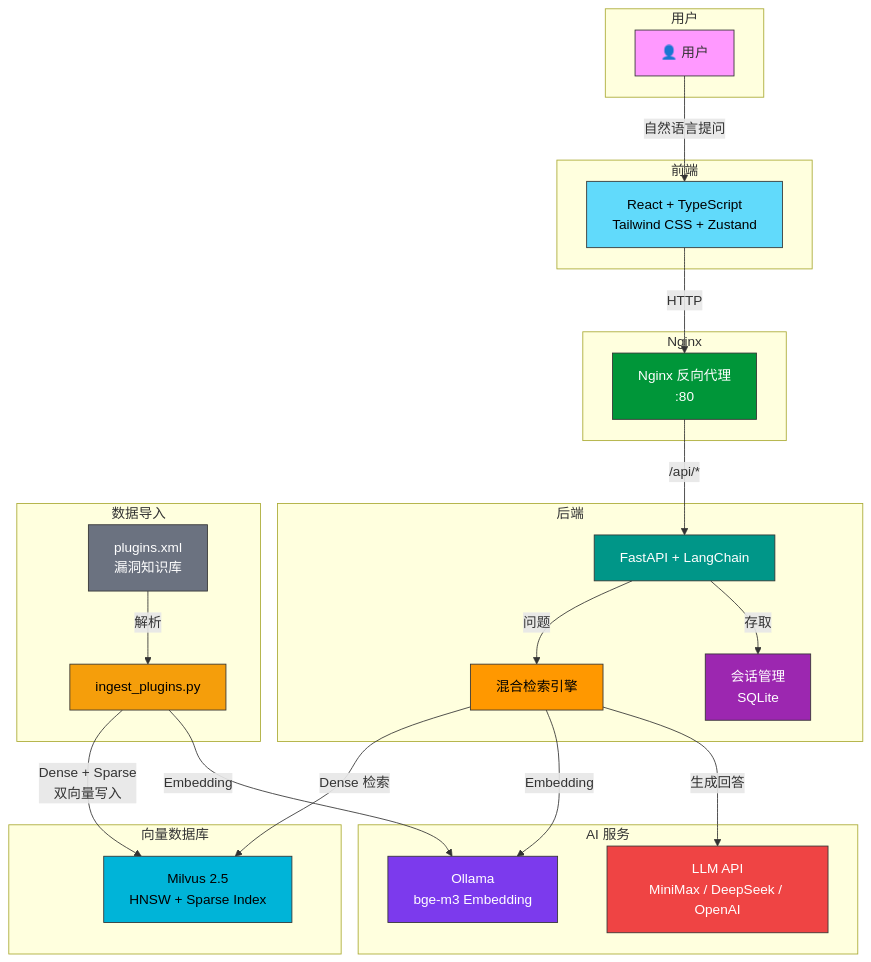
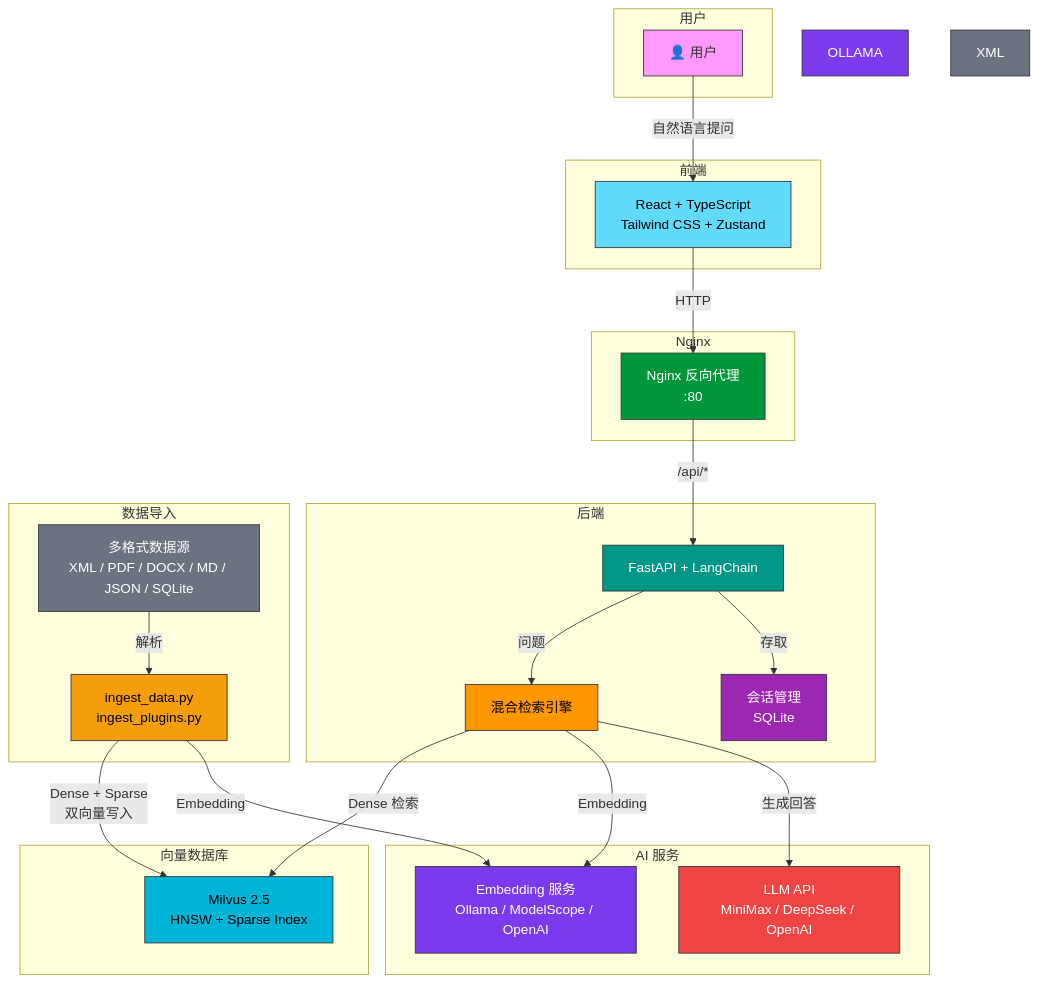
One commit to FOOL0X/Milvus changed the diagram in README.md. Above: the diagram before and after it, drawn with Mermaid. The commit also changed other lines of this file, not shown here.

````diff
--- a/README.md
+++ b/README.md
@@ -16,58 +16,60 @@
 ```mermaid
 graph TB
     subgraph 用户
         U[👤 用户]
     end
 
     subgraph 前端
         FE[React + TypeScript<br/>Tailwind CSS + Zustand]
     end
 
     subgraph Nginx
         NX[Nginx 反向代理<br/>:80]
     end
 
     subgraph 后端
         API[FastAPI + LangChain]
         SEARCH[混合检索引擎]
         SESSION[会话管理<br/>SQLite]
     end
 
     subgraph 向量数据库
         MIL[Milvus 2.5<br/>HNSW + Sparse Index]
     end
 
     subgraph AI 服务
-        OLLAMA[Ollama<br/>bge-m3 Embedding]
+        EMB[Embedding 服务<br/>Ollama / ModelScope / OpenAI]
         LLM[LLM API<br/>MiniMax / DeepSeek / OpenAI]
     end
 
     subgraph 数据导入
-        INGEST[ingest_plugins.py]
-        XML[plugins.xml<br/>漏洞知识库]
+        INGEST[ingest_data.py<br/>ingest_plugins.py]
+        DATA[多格式数据源<br/>XML / PDF / DOCX / MD / JSON / SQLite]
     end
 
     U -->|自然语言提问| FE
     FE -->|HTTP| NX
     NX -->|/api/*| API
     API -->|问题| SEARCH
     API -->|存取| SESSION
     SEARCH -->|Dense 检索| MIL
-    SEARCH -->|Embedding| OLLAMA
+    SEARCH -->|Embedding| EMB
     SEARCH -->|生成回答| LLM
     INGEST -->|Dense + Sparse<br/>双向量写入| MIL
-    INGEST -->|Embedding| OLLAMA
-    XML -->|解析| INGEST
+    INGEST -->|Embedding| EMB
+    DATA -->|解析| INGEST
 
     style U fill:#f9f,stroke:#333
     style FE fill:#61dafb,stroke:#333,color:#000
     style NX fill:#009639,stroke:#333,color:#fff
     style API fill:#009688,stroke:#333,color:#fff
     style SEARCH fill:#ff9800,stroke:#333,color:#000
     style SESSION fill:#9c27b0,stroke:#333,color:#fff
     style MIL fill:#00b4d8,stroke:#333,color:#000
     style OLLAMA fill:#7c3aed,stroke:#333,color:#fff
+    style EMB fill:#7c3aed,stroke:#333,color:#fff
     style LLM fill:#ef4444,stroke:#333,color:#fff
     style INGEST fill:#f59e0b,stroke:#333,color:#000
     style XML fill:#6b7280,stroke:#333,color:#fff
+    style DATA fill:#6b7280,stroke:#333,color:#fff
 ```
````
